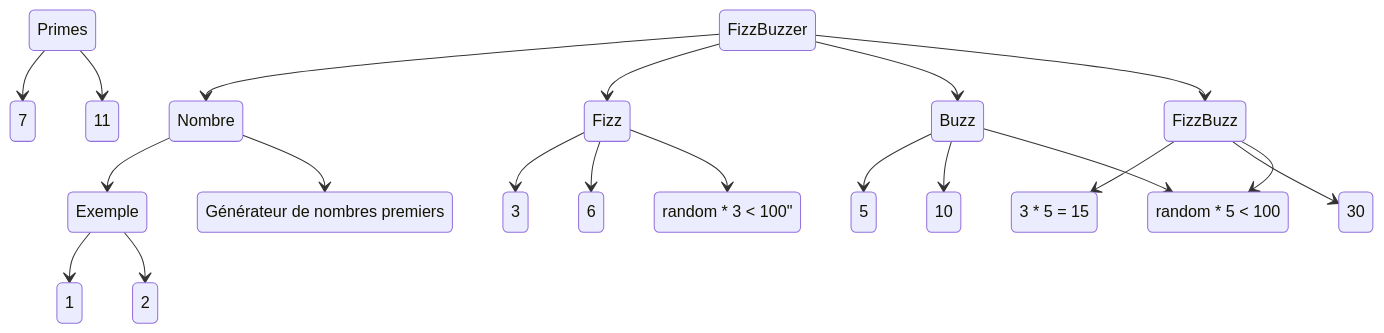
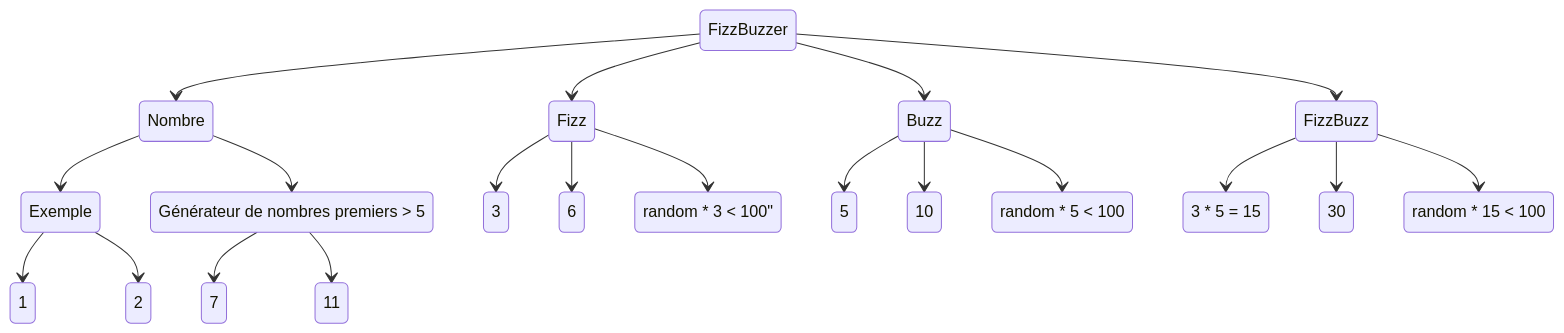
One commit to PermaSoft/permasoft.github.io changed the first of 2 diagrams in 04 Jardins/codeKatas/FizzBuzz.md. Above: the diagram before and after it, drawn with Mermaid.

Commit message:
vault backup: 2022-12-09 14:14:52
Affected files:
04 Jardins/codeKatas/FizzBuzz.md

````diff
--- a/04 Jardins/codeKatas/FizzBuzz.md
+++ b/04 Jardins/codeKatas/FizzBuzz.md
@@ -9,22 +9,22 @@
 ```mermaid
 stateDiagram-v2
     FizzBuzzer --> Nombre
     Nombre --> Exemple
-    Nombre --> Générateur#nbsp;de#nbsp;nombres#nbsp;premiers
+    Nombre --> Générateur#nbsp;de#nbsp;nombres#nbsp;premiers#nbsp;>#nbsp;5
     Exemple --> 1
     Exemple --> 2
-    Primes --> 7
-    Primes --> 11
+	Générateur#nbsp;de#nbsp;nombres#nbsp;premiers#nbsp;>#nbsp;5 --> 7
+	   Générateur#nbsp;de#nbsp;nombres#nbsp;premiers#nbsp;>#nbsp;5 --> 11
     FizzBuzzer --> Fizz
-    FizzBuzzer --> Buzz
-    FizzBuzzer --> FizzBuzz
     Fizz --> 3
     Fizz --> 6
     Fizz --> random#nbsp;*#nbsp;3#nbsp;<#nbsp;100"
+    FizzBuzzer --> Buzz
     Buzz --> 5
     Buzz --> 10
     Buzz --> random#nbsp;*#nbsp;5#nbsp;<#nbsp;100
+    FizzBuzzer --> FizzBuzz
     FizzBuzz --> 3#nbsp;*#nbsp;5#nbsp;=#nbsp;15
     FizzBuzz --> 30
-    FizzBuzz --> random#nbsp;*#nbsp;5#nbsp;<#nbsp;100
+    FizzBuzz --> random#nbsp;*#nbsp;15#nbsp;<#nbsp;100
 ```
````
